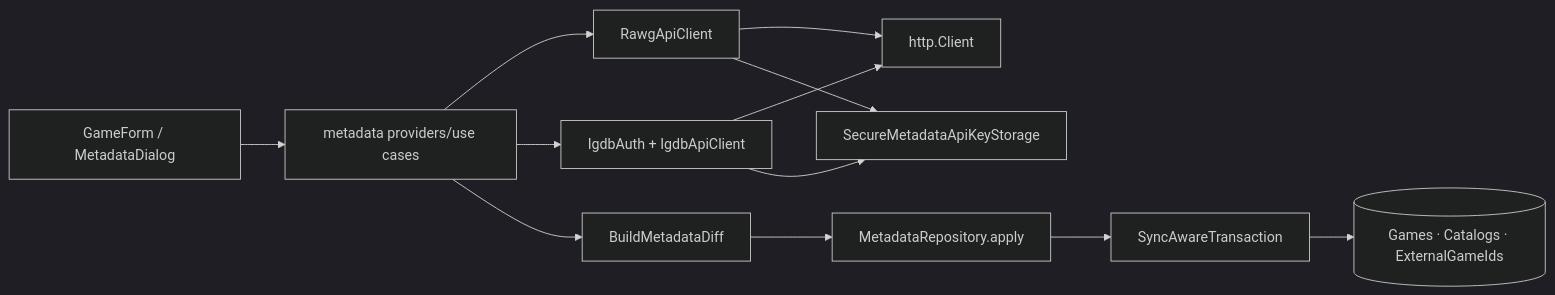
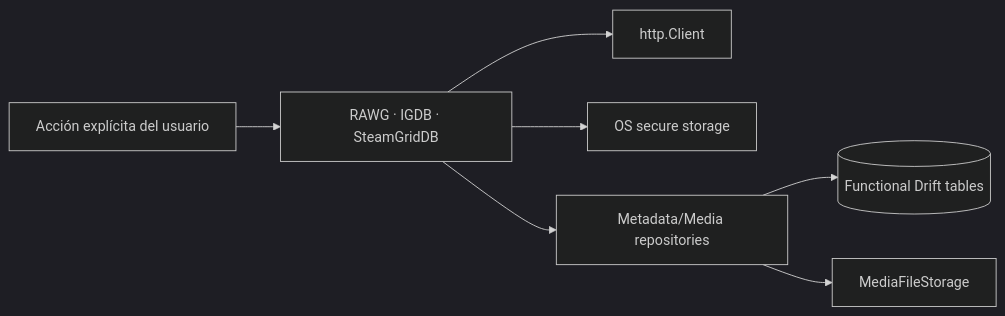
Before and after one commit to FedericoGR/Backlog-Vault: the third of 3 diagrams in docs/architecture/current_architecture.md, drawn with Mermaid (dark theme). The commit also changed other lines of this file and 12 other files, not shown here.

````diff
--- a/docs/architecture/current_architecture.md
+++ b/docs/architecture/current_architecture.md
@@ -40,14 +58,9 @@
 ```mermaid
 flowchart LR
-  Form["GameForm / MetadataDialog"] --> MP["metadata providers/use cases"]
-  MP --> RAWG["RawgApiClient"]
-  MP --> IGDB["IgdbAuth + IgdbApiClient"]
-  RAWG --> HTTP["http.Client"]
-  IGDB --> HTTP
-  IGDB --> Keys["SecureMetadataApiKeyStorage"]
-  RAWG --> Keys
-  MP --> Diff["BuildMetadataDiff"]
-  Diff --> Apply["MetadataRepository.apply"]
-  Apply --> SyncTx["SyncAwareTransaction"]
-  SyncTx --> DB[("Games · Catalogs · ExternalGameIds")]
+  UI["Acción explícita del usuario"] --> Optional["RAWG · IGDB · SteamGridDB"]
+  Optional --> HTTP["http.Client"]
+  Optional --> Keys["OS secure storage"]
+  Optional --> Repo["Metadata/Media repositories"]
+  Repo --> DB[("Functional Drift tables")]
+  Repo --> Files["MediaFileStorage"]
 ```
````
